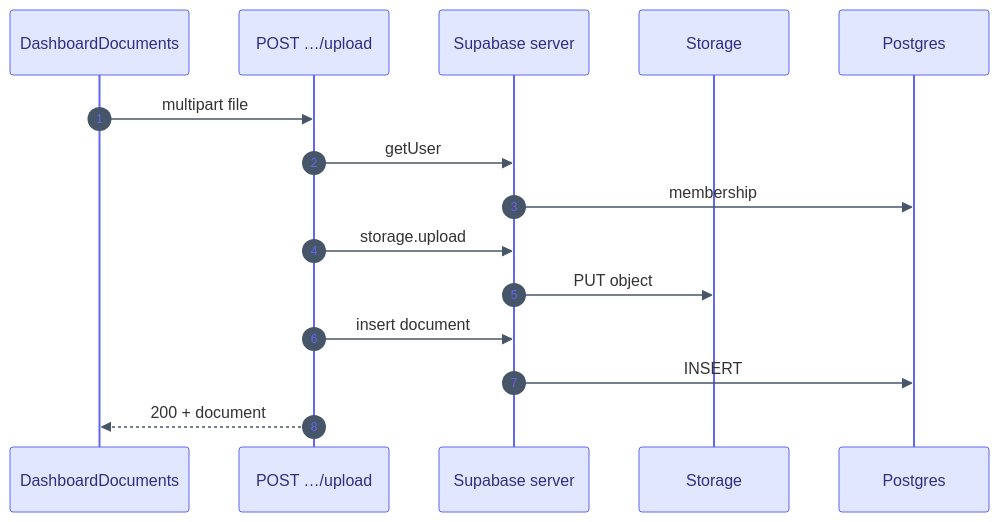
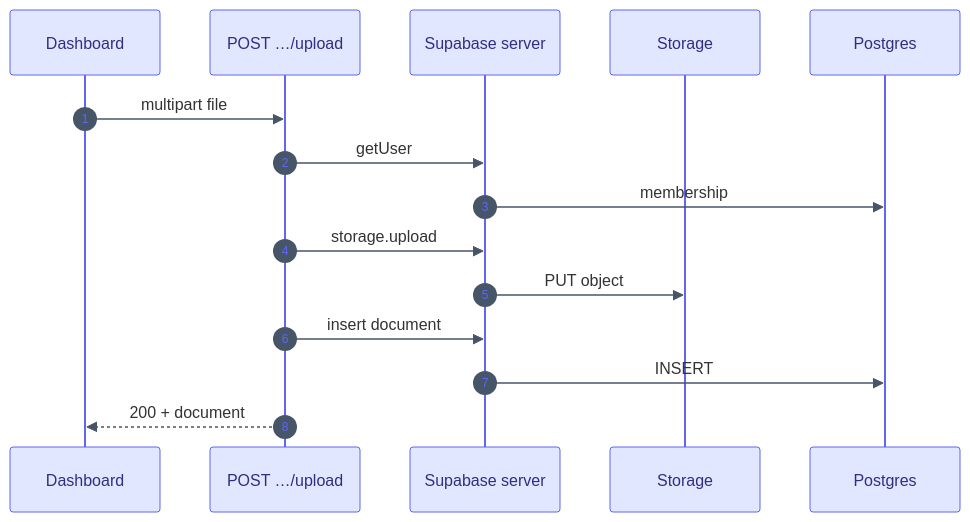
One commit to parmeet1402/ai-workflow-platform changed the fourth of 6 diagrams in docs/document-management.md. Above: the diagram before and after it, drawn with Mermaid. The commit also changed other lines of this file and 5 other files, not shown here.

````diff
--- a/docs/document-management.md
+++ b/docs/document-management.md
@@ -265,28 +176,28 @@
 ```mermaid
 %%{init: {
   "theme": "base",
   "themeVariables": {
     "actorBkg": "#e0e7ff",
     "actorBorder": "#6366f1",
     "actorTextColor": "#312e81",
     "signalColor": "#475569",
     "sequenceNumberColor": "#6366f1"
   }
 }}%%
 sequenceDiagram
   autonumber
-  participant UI as DashboardDocuments
+  participant UI as Dashboard
   participant API as POST …/upload
   participant SB as Supabase server
   participant ST as Storage
   participant DB as Postgres
 
   UI->>API: multipart file
   API->>SB: getUser
   SB->>DB: membership
   API->>SB: storage.upload
   SB->>ST: PUT object
   API->>SB: insert document
   SB->>DB: INSERT
   API-->>UI: 200 + document
 ```
````
